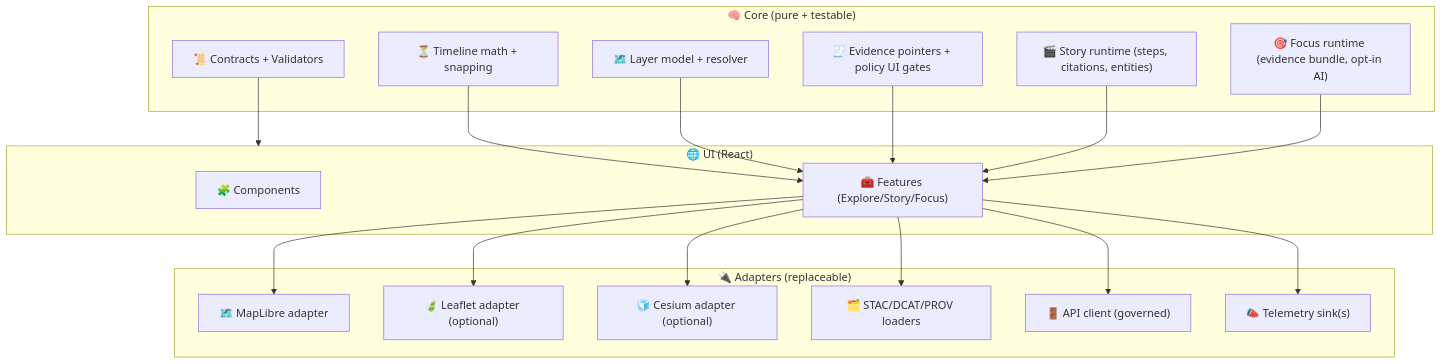
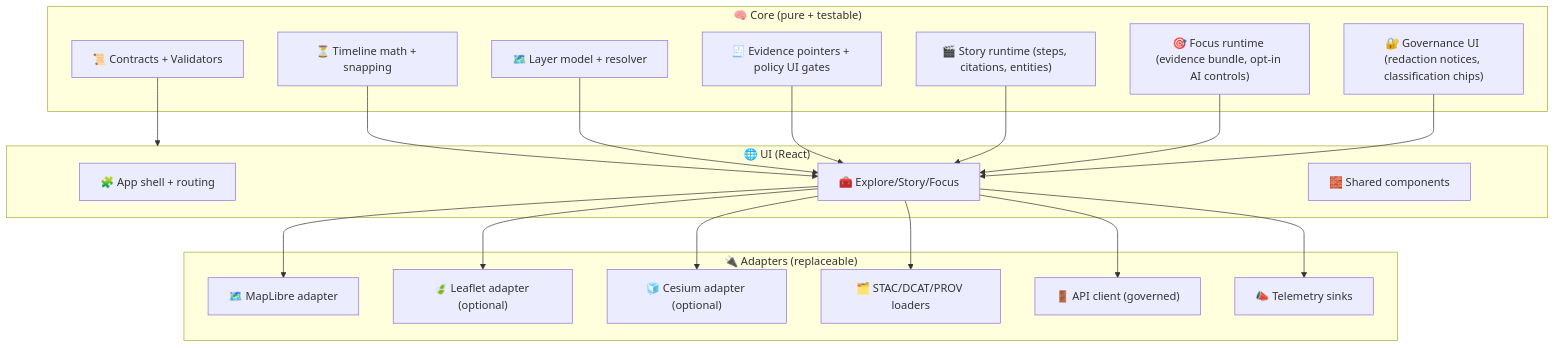
The diagram in web/src/README.md (bartytime4life/Kansas-Frontier-Matrix), drawn with Mermaid before and after one commit. The commit also changed other lines of this file, not shown here.

````diff
--- a/web/src/README.md
+++ b/web/src/README.md
@@ -125,39 +183,42 @@
 ```mermaid
 flowchart TB
   subgraph Core["🧠 Core (pure + testable)"]
     Contracts["📜 Contracts + Validators"]
     Timeline["⏳ Timeline math + snapping"]
     LayerModel["🗺️ Layer model + resolver"]
     Evidence["🧾 Evidence pointers + policy UI gates"]
     StoryRuntime["🎬 Story runtime (steps, citations, entities)"]
-    FocusRuntime["🎯 Focus runtime (evidence bundle, opt-in AI)"]
+    FocusRuntime["🎯 Focus runtime (evidence bundle, opt-in AI controls)"]
+    GovUI["🔐 Governance UI (redaction notices, classification chips)"]
   end
 
   subgraph Adapters["🔌 Adapters (replaceable)"]
     MapLibre["🗺️ MapLibre adapter"]
     Leaflet["🍃 Leaflet adapter (optional)"]
     Cesium["🧊 Cesium adapter (optional)"]
     CatalogIO["🗂️ STAC/DCAT/PROV loaders"]
     ApiClient["🚪 API client (governed)"]
-    Telemetry["📣 Telemetry sink(s)"]
+    Telemetry["📣 Telemetry sinks"]
   end
 
   subgraph UI["🌐 UI (React)"]
-    Components["🧩 Components"]
-    Features["🧰 Features (Explore/Story/Focus)"]
+    App["🧩 App shell + routing"]
+    Features["🧰 Explore/Story/Focus"]
+    Components["🧱 Shared components"]
   end
 
   Contracts --> UI
   Timeline --> Features
   LayerModel --> Features
   Evidence --> Features
   StoryRuntime --> Features
   FocusRuntime --> Features
+  GovUI --> Features
 
   Features --> MapLibre
   Features --> Leaflet
   Features --> Cesium
   Features --> CatalogIO
   Features --> ApiClient
   Features --> Telemetry
 ```
````
